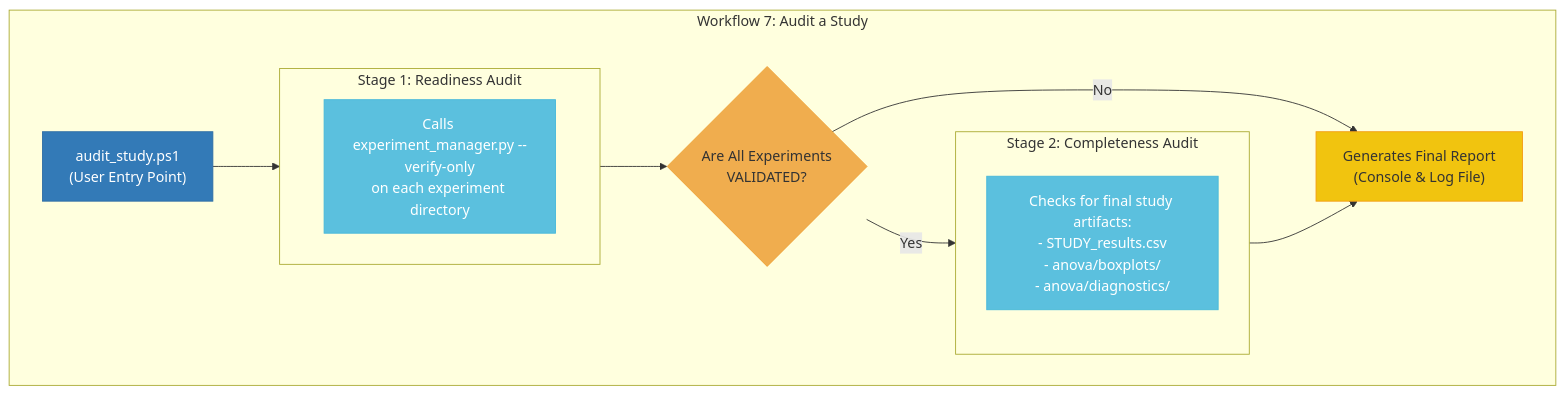
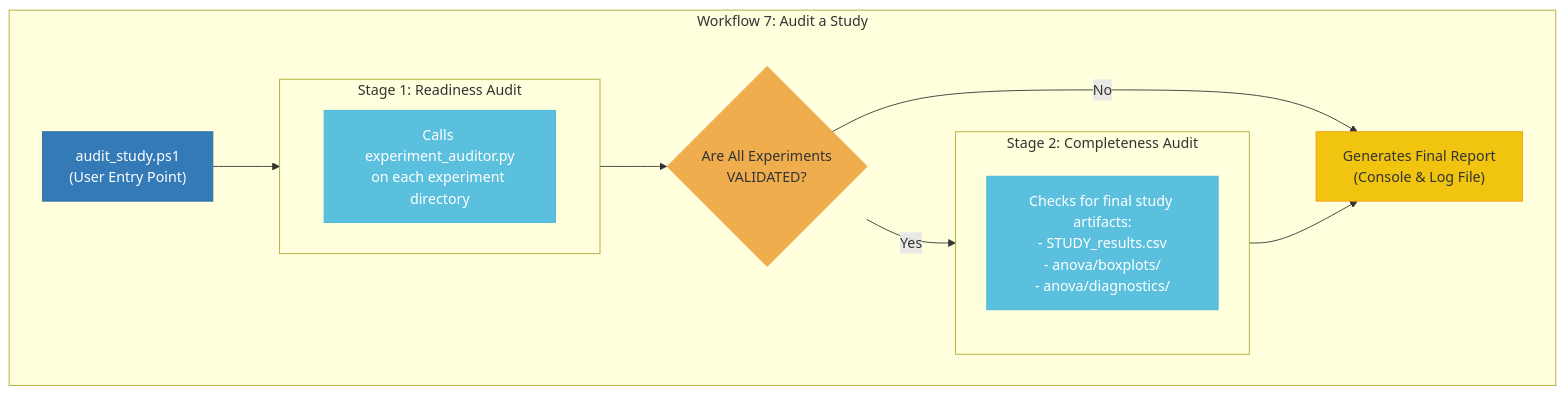
One commit to peterjmarko/llm-narrative-framework changed the diagram in docs/diagrams/flow_main_7_audit_study.mmd. Above: the diagram before and after it, drawn with Mermaid. The commit also changed 29 other files, not shown here.

```diff
--- a/docs/diagrams/flow_main_7_audit_study.mmd
+++ b/docs/diagrams/flow_main_7_audit_study.mmd
@@ -1,29 +1,29 @@
 graph TD
     subgraph "Workflow 7: Audit a Study"
         A["audit_study.ps1<br>(User Entry Point)"]:::entry_ps
 
         subgraph "Stage 1: Readiness Audit"
             direction LR
-            B["Calls experiment_manager.py --verify-only<br>on each experiment directory"]:::script
+            B["Calls experiment_auditor.py<br>on each experiment directory"]:::script
         end
         
         C{"Are All Experiments<br>VALIDATED?"}:::decision
 
         subgraph "Stage 2: Completeness Audit"
             direction TB
             D["Checks for final study artifacts:<br>- STUDY_results.csv<br>- anova/boxplots/<br>- anova/diagnostics/"]:::script
         end
 
         E["Generates Final Report<br>(Console & Log File)"]:::process
     end
 
     A --> B
     B --> C
     C -- No --> E
     C -- Yes --> D
     D --> E
 
     classDef entry_ps fill:#337ab7,stroke:#2e6da4,color:#fff;
     classDef script fill:#5bc0de,stroke:#46b8da,color:#fff;
     classDef decision fill:#f0ad4e,stroke:#eea236,color:#333;
     classDef process fill:#f1c40f,stroke:#f39c12,color:#333;
```
